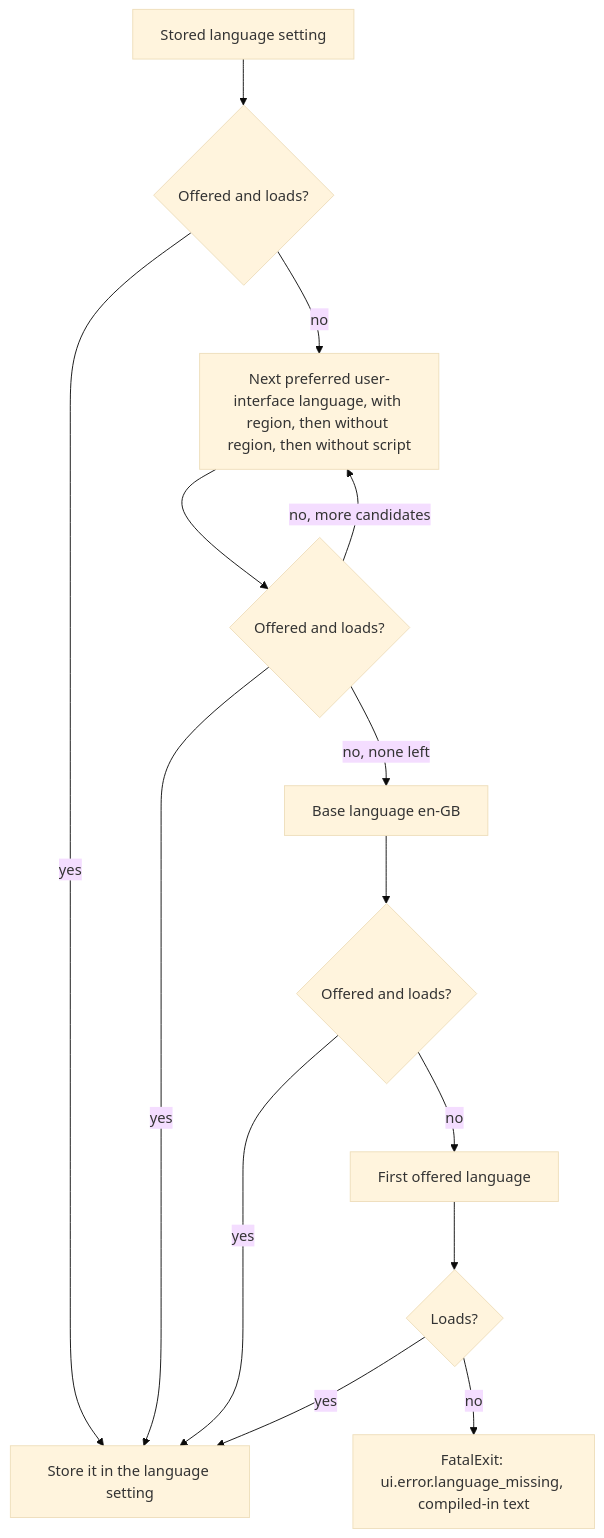
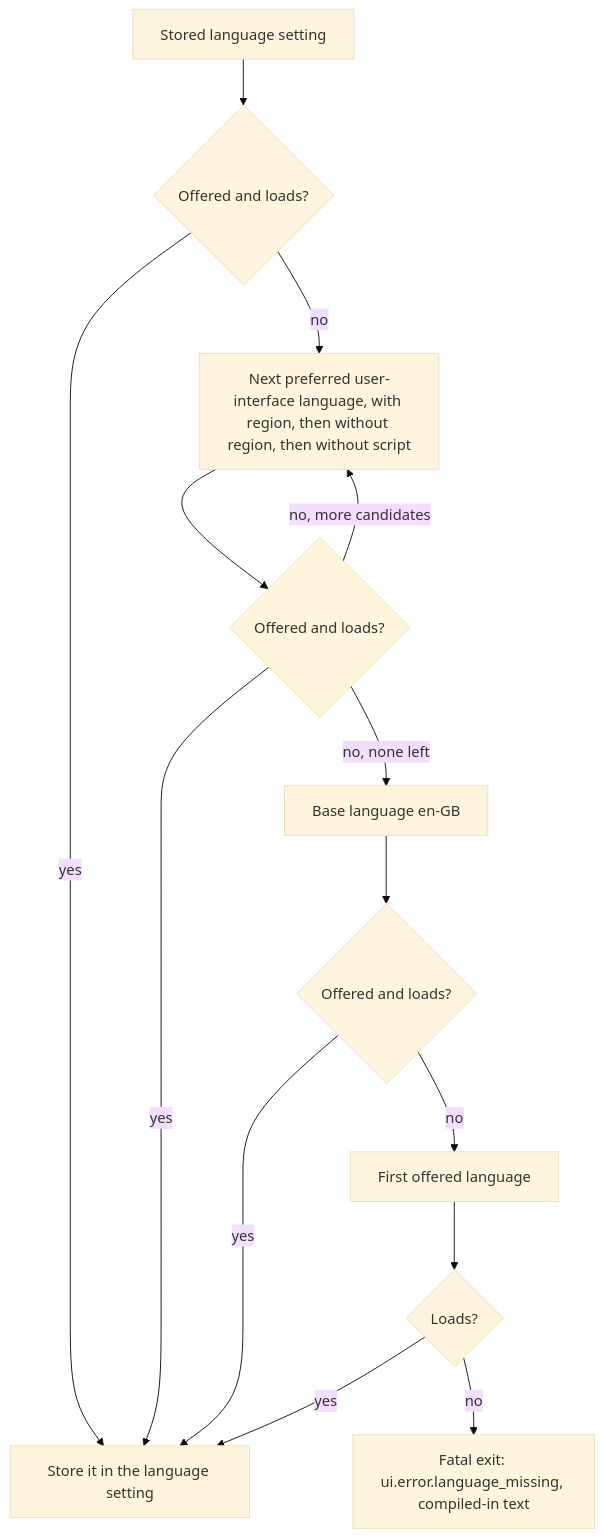
One commit to Zwaliebaba/Species.AI changed the third of 5 diagrams in design_next/architecture/components/platform_layer.md. Above: the diagram before and after it, drawn with Mermaid (base theme). The commit also changed other lines of this file and 12 other files, not shown here.

````diff
--- a/design_next/architecture/components/platform_layer.md
+++ b/design_next/architecture/components/platform_layer.md
@@ -700,16 +631,16 @@
 ```mermaid
 flowchart TD
   A["Stored language setting"] --> T1{"Offered and loads?"}
   T1 -- yes --> OK["Store it in the language setting"]
   T1 -- no --> B["Next preferred user-interface language, with region, then without region, then without script"]
   B --> T2{"Offered and loads?"}
   T2 -- yes --> OK
   T2 -- "no, more candidates" --> B
   T2 -- "no, none left" --> C["Base language en-GB"]
   C --> T3{"Offered and loads?"}
   T3 -- yes --> OK
   T3 -- no --> D["First offered language"]
   D --> T4{"Loads?"}
   T4 -- yes --> OK
-  T4 -- no --> X["FatalExit: ui.error.language_missing, compiled-in text"]
+  T4 -- no --> X["Fatal exit: ui.error.language_missing, compiled-in text"]
 ```
````
